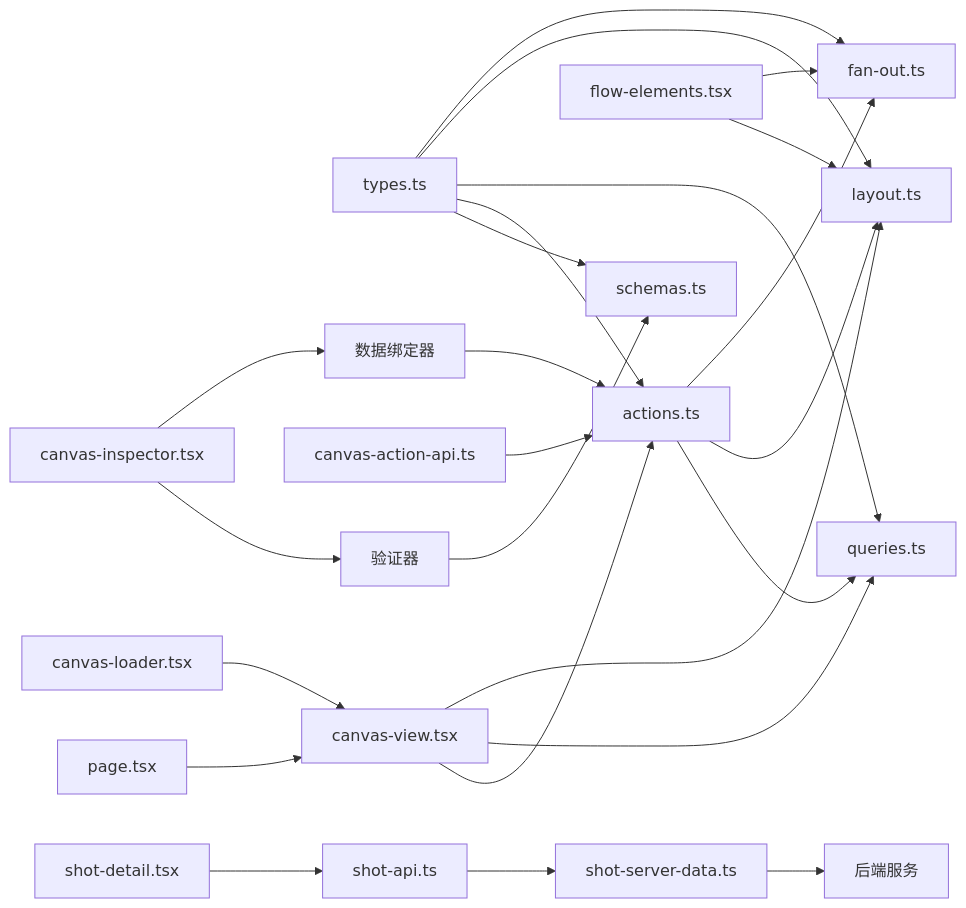
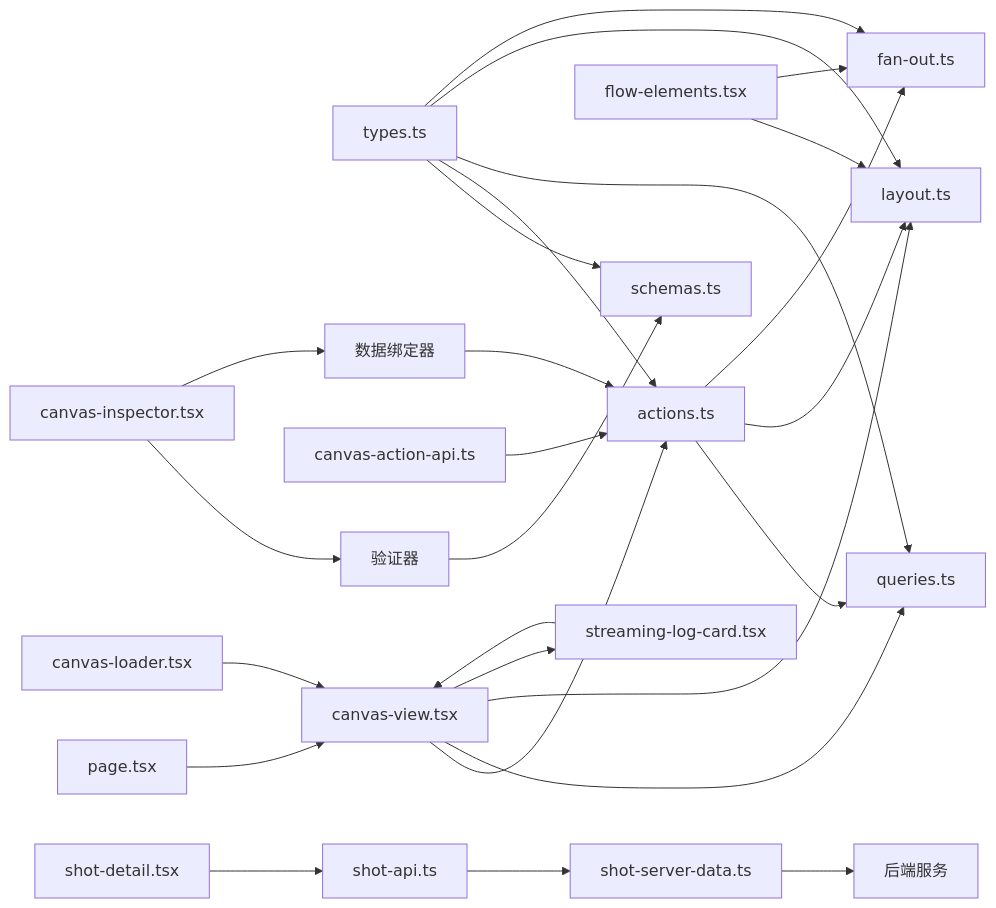
Before and after one commit to AIMFllyYS/code-video-canvas: diagram 14 of 14 in .qoder/repowiki/zh/content/架构设计/核心模块设计/画布编辑器设计/画布编辑器设计.md, drawn with Mermaid. The commit also changed other lines of this file and 47 other files, not shown here.

````diff
--- a/.qoder/repowiki/zh/content/架构设计/核心模块设计/画布编辑器设计/画布编辑器设计.md
+++ b/.qoder/repowiki/zh/content/架构设计/核心模块设计/画布编辑器设计/画布编辑器设计.md
@@ -692,26 +741,28 @@
 ```mermaid
 graph LR
 Types["types.ts"] --> Schemas["schemas.ts"]
 Types --> Actions["actions.ts"]
 Types --> Queries["queries.ts"]
 Types --> Layout["layout.ts"]
 Types --> FanOut["fan-out.ts"]
 Actions --> Queries
 Actions --> Layout
 Actions --> FanOut
 UI_Page["page.tsx"] --> UI_View["canvas-view.tsx"]
 UI_Loader["canvas-loader.tsx"] --> UI_View
 UI_View --> Actions
 UI_View --> Queries
 UI_View --> Layout
 UI_Flow["flow-elements.tsx"] --> Layout
 UI_Flow --> FanOut
 UI_API["canvas-action-api.ts"] --> Actions
 UI_Inspector["canvas-inspector.tsx"] --> Validators["验证器"]
 UI_Inspector --> Binders["数据绑定器"]
 Validators --> Schemas
 Binders --> Actions
 Shot_Detail["shot-detail.tsx"] --> Shot_API["shot-api.ts"]
 Shot_API --> Shot_Server["shot-server-data.ts"]
 Shot_Server --> Backend["后端服务"]
+Streaming_Log["streaming-log-card.tsx"] --> UI_View
+UI_View --> Streaming_Log
 ```
````
